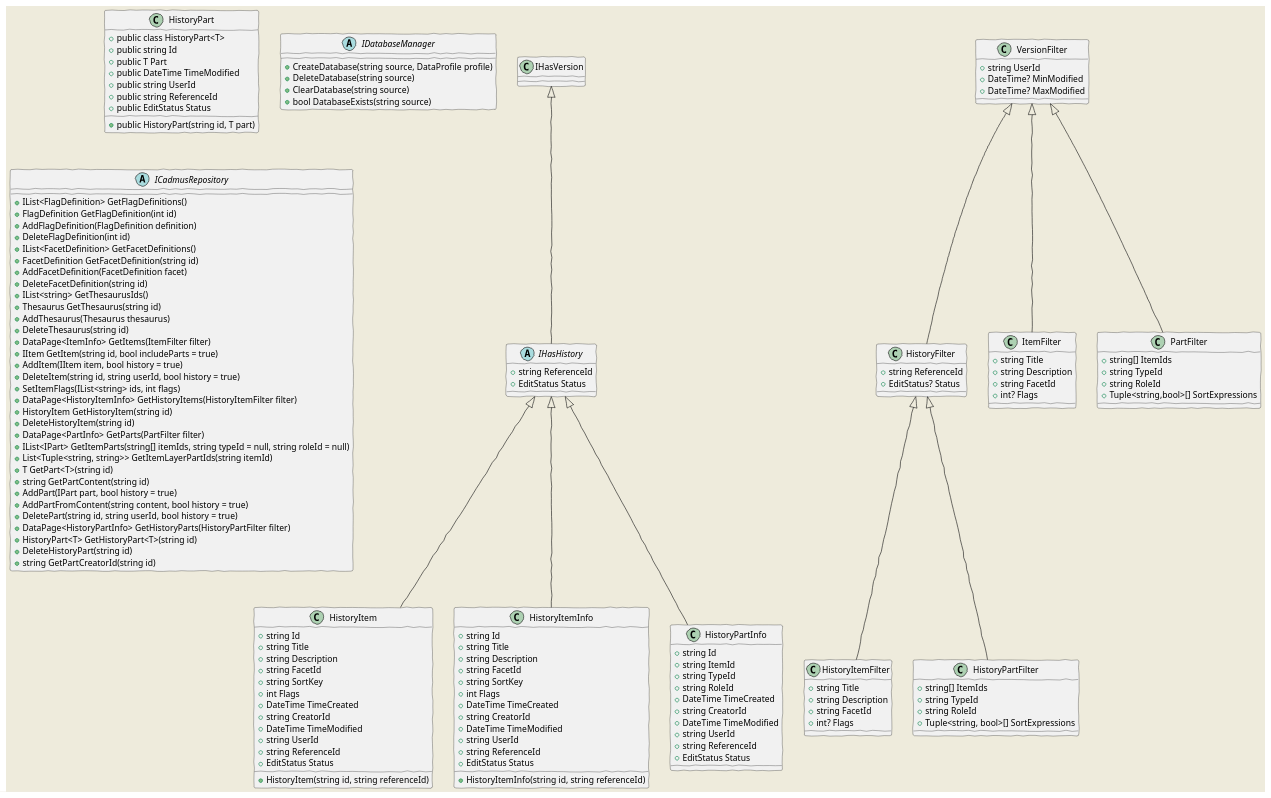
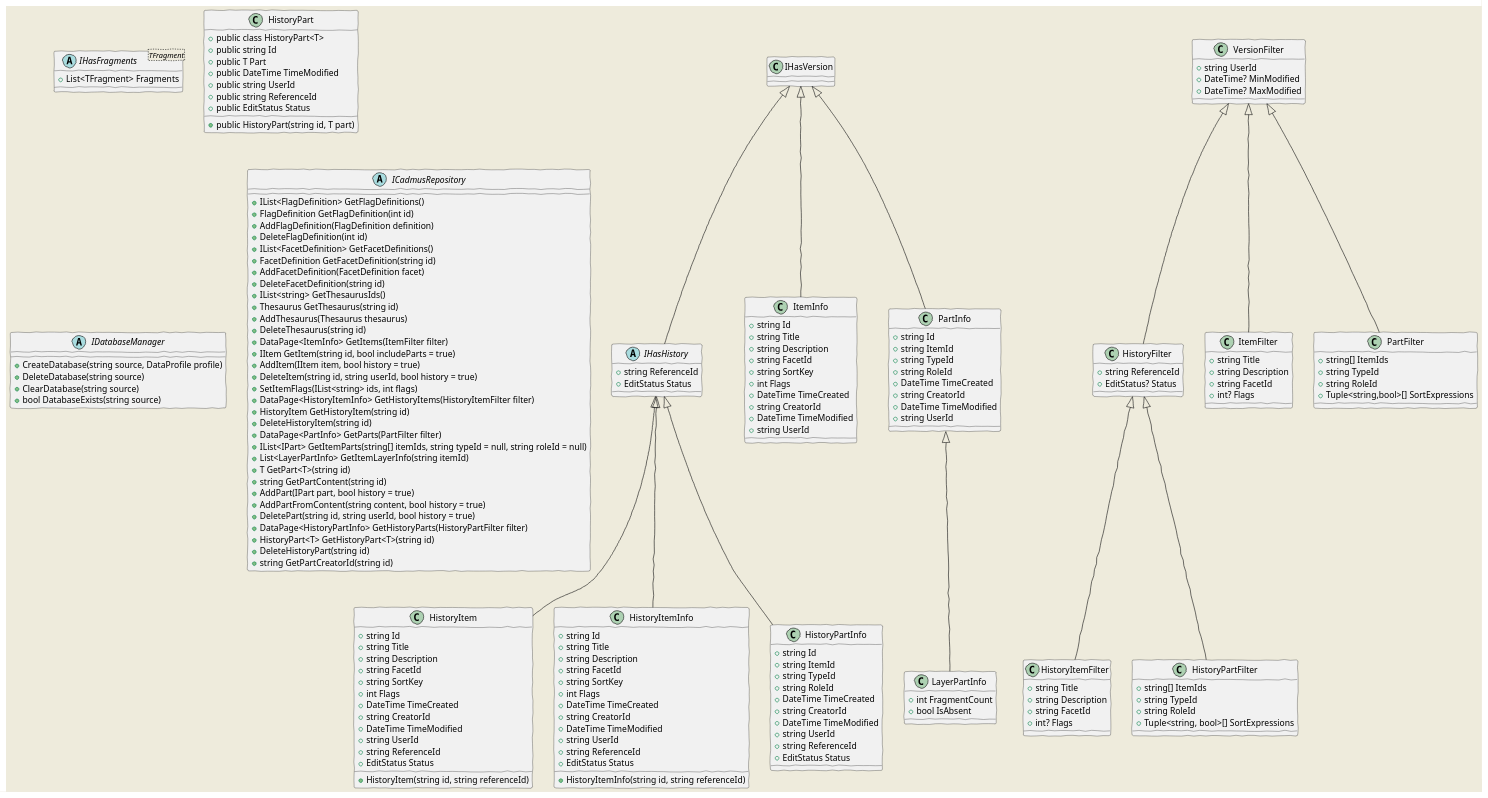
The fourth of 4 diagrams in Doc/core.md (vedph/cadmus_core), drawn with PlantUML before and after one commit. The commit also changed other lines of this file and 1 other file, not shown here.

```diff
--- a/Doc/core.md
+++ b/Doc/core.md
@@ -553,6 +556,35 @@
     PartFilter : +string RoleId
     PartFilter : +Tuple<string,bool>[] SortExpressions
 
+    IHasVersion <|-- ItemInfo
+    ItemInfo : +string Id
+    ItemInfo : +string Title
+    ItemInfo : +string Description
+    ItemInfo : +string FacetId
+    ItemInfo : +string SortKey
+    ItemInfo : +int Flags
+    ItemInfo : +DateTime TimeCreated
+    ItemInfo : +string CreatorId
+    ItemInfo : +DateTime TimeModified
+    ItemInfo : +string UserId
+
+    IHasVersion <|-- PartInfo
+    PartInfo : +string Id
+    PartInfo : +string ItemId
+    PartInfo : +string TypeId
+    PartInfo : +string RoleId
+    PartInfo : +DateTime TimeCreated
+    PartInfo : +string CreatorId
+    PartInfo : +DateTime TimeModified
+    PartInfo : +string UserId
+
+    PartInfo <|-- LayerPartInfo
+    LayerPartInfo : +int FragmentCount
+    LayerPartInfo : +bool IsAbsent
+
+    abstract class "IHasFragments<TFragment>" as IHasFragmentsT
+    IHasFragmentsT : +List<TFragment> Fragments
+
     IHasHistory <|-- HistoryItem
     HistoryItem : +string Id
     HistoryItem : +string Title
@@ -577,7 +609,7 @@
     HistoryPart : +public EditStatus Status
     HistoryPart : +public HistoryPart(string id, T part)
 
-    IHasHistory <|-- HistoryItemInfo 
+    IHasHistory <|-- HistoryItemInfo
     HistoryItemInfo : +string Id
     HistoryItemInfo : +string Title
     HistoryItemInfo : +string Description
@@ -633,7 +665,7 @@
     ICadmusRepository : +DeleteHistoryItem(string id)
     ICadmusRepository : +DataPage<PartInfo> GetParts(PartFilter filter)
     ICadmusRepository : +IList<IPart> GetItemParts(string[] itemIds, string typeId = null, string roleId = null)
-    ICadmusRepository : +List<Tuple<string, string>> GetItemLayerPartIds(string itemId)
+    ICadmusRepository : +List<LayerPartInfo> GetItemLayerInfo(string itemId)
     ICadmusRepository : +T GetPart<T>(string id)
     ICadmusRepository : +string GetPartContent(string id)
     ICadmusRepository : +AddPart(IPart part, bool history = true)
```
